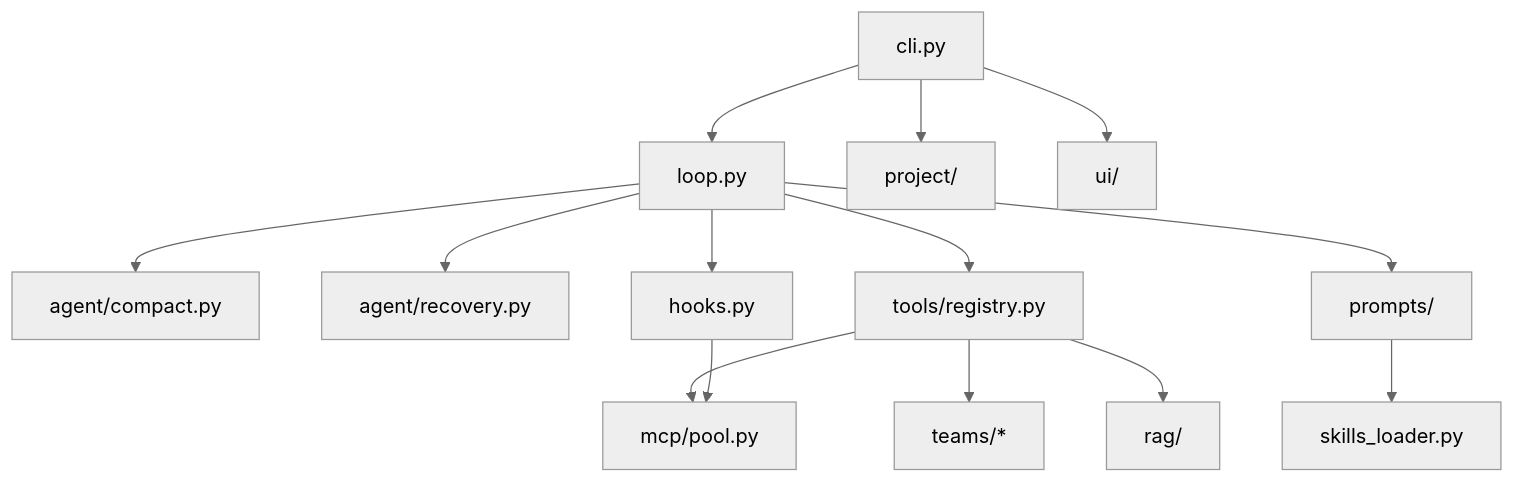
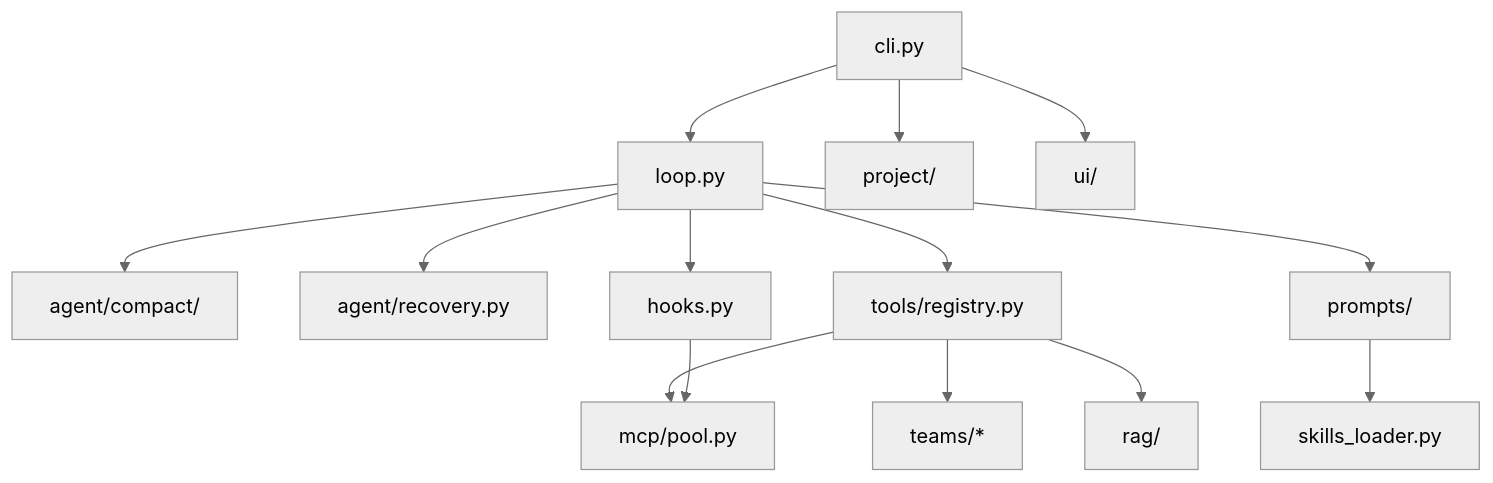
The diagram in ARCHITECTURE.md (1074739572/claude-code_exchange), drawn with Mermaid (neutral theme) before and after one commit. The commit also changed other lines of this file and 14 other files, not shown here.

First line of the commit message:
refactor: 拆分 harness/agent/compact 为子模块包

````diff
--- a/ARCHITECTURE.md
+++ b/ARCHITECTURE.md
@@ -73,16 +73,16 @@
 ```mermaid
 flowchart TB
     CLI[cli.py] --> LOOP[loop.py]
-    LOOP --> COMPACT[agent/compact.py]
+    LOOP --> COMPACT[agent/compact/]
     LOOP --> RECOVERY[agent/recovery.py]
     LOOP --> REGISTRY[tools/registry.py]
     REGISTRY --> MCP[mcp/pool.py]
     REGISTRY --> TEAMS[teams/*]
     LOOP --> HOOKS[hooks.py]
     HOOKS --> MCP
     LOOP --> PROMPTS[prompts/]
     PROMPTS --> SKILLS[skills_loader.py]
     CLI --> PROJECT[project/]
     CLI --> UI[ui/]
     REGISTRY --> RAG[rag/]
 ```
````
